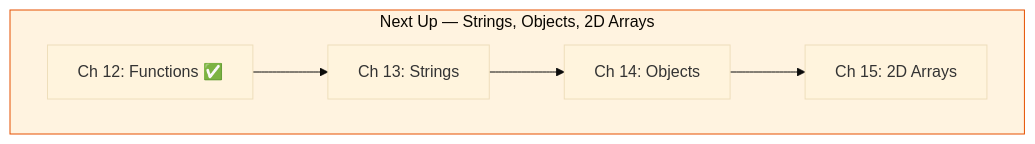
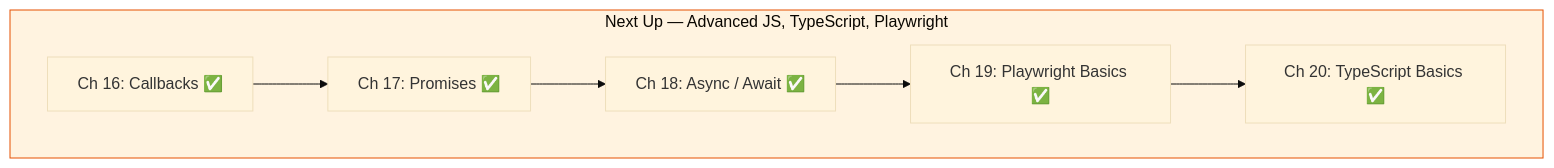
Diagram 38 of 40 in README.md (aayushgupta171-dotcom/LearnPlaywrigth2X), drawn with Mermaid (base theme) before and after one commit. The commit also changed other lines of this file and 41 other files, not shown here.

````diff
--- a/README.md
+++ b/README.md
@@ -2548,10 +2601,11 @@
 ```mermaid
 graph TD
-    subgraph next["Next Up — Strings, Objects, 2D Arrays"]
-        N1[Ch 12: Functions ✅] --> N2[Ch 13: Strings]
-        N2 --> N3[Ch 14: Objects]
-        N3 --> N4[Ch 15: 2D Arrays]
+    subgraph next["Next Up — Advanced JS, TypeScript, Playwright"]
+        N1[Ch 16: Callbacks ✅] --> N2[Ch 17: Promises ✅]
+        N2 --> N3[Ch 18: Async / Await ✅]
+        N3 --> N4[Ch 19: Playwright Basics ✅]
+        N4 --> N5[Ch 20: TypeScript Basics ✅]
     end
 
     style next fill:#fff3e0,stroke:#e65100
 ```
````
